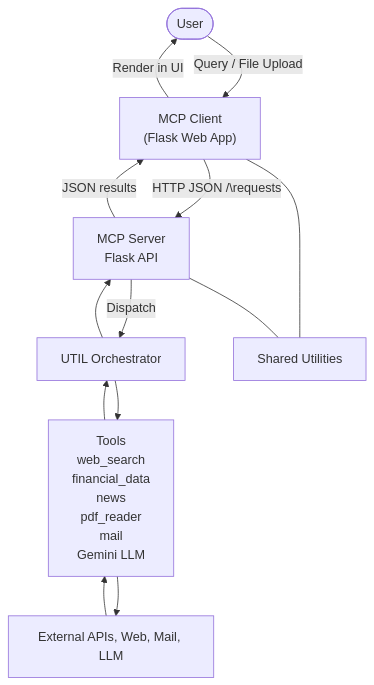
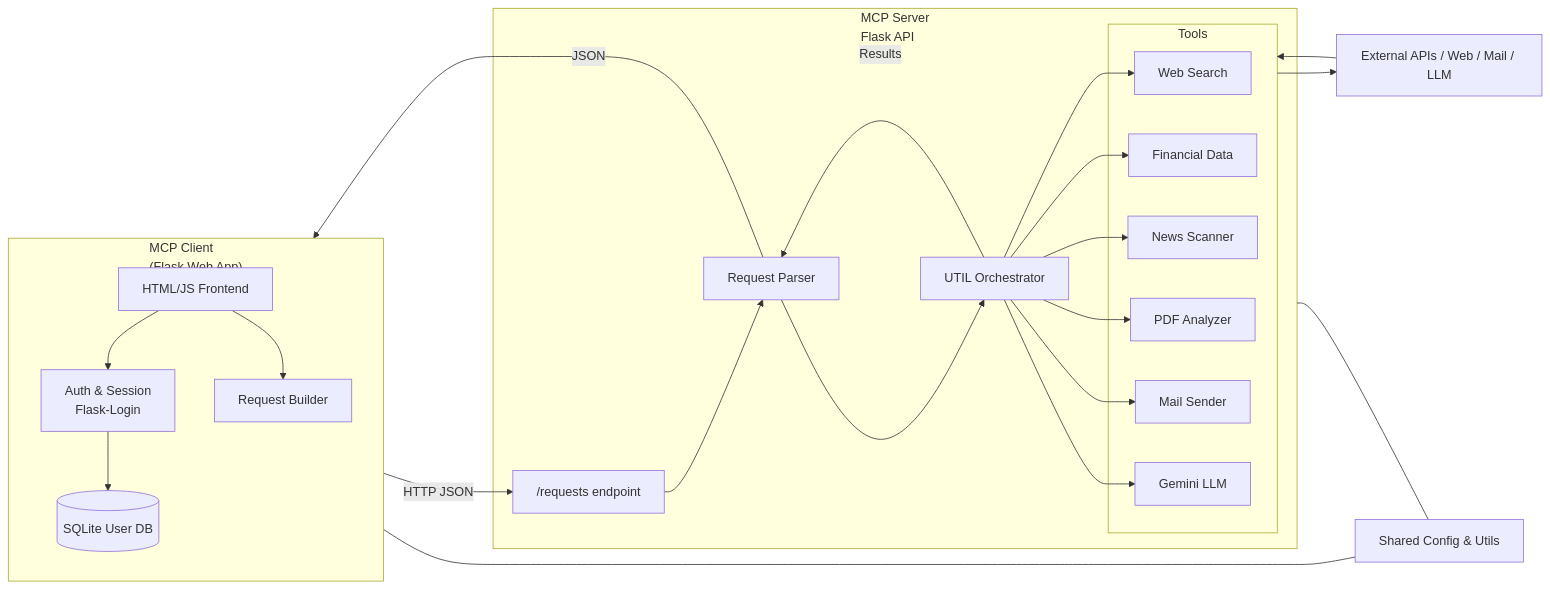
The diagram in README.md (Sabarna07-tech/autoinvestigator), drawn with Mermaid before and after one commit. The commit also changed other lines of this file, not shown here.

Commit message:
docs: expand architecture details

````diff
--- a/README.md
+++ b/README.md
@@ -13,16 +13,40 @@
 ```mermaid
-graph TD
-    User(["User"]) -->|"Query / File Upload"| Client["MCP Client\n(Flask Web App)"]
-    Client -->|"HTTP JSON /\requests"| Server["MCP Server\nFlask API"]
-    Server -->|"Dispatch"| Util["UTIL Orchestrator"]
-    Util --> Tools["Tools\nweb_search\nfinancial_data\nnews\npdf_reader\nmail\nGemini LLM"]
-    Tools --> External["External APIs, Web, Mail, LLM"]
-    External --> Tools
-    Tools --> Util
-    Util --> Server
-    Server -->|"JSON results"| Client
-    Client -->|"Render in UI"| User
+flowchart LR
+    %% Client Side
+    subgraph C["MCP Client\n(Flask Web App)"]
+        UI["HTML/JS Frontend"]
+        Auth["Auth & Session\nFlask-Login"]
+        Req["Request Builder"]
+        DB[("SQLite User DB")]
+        UI --> Auth
+        UI --> Req
+        Auth --> DB
+    end
 
-    Client --- Shared["Shared Utilities"]
-    Server --- Shared
+    %% Server Side
+    subgraph S["MCP Server\nFlask API"]
+        API["/requests endpoint"]
+        Handler["Request Parser"]
+        Orchestrator["UTIL Orchestrator"]
+        subgraph T["Tools"]
+            Web["Web Search"]
+            Fin["Financial Data"]
+            News["News Scanner"]
+            PDF["PDF Analyzer"]
+            Mail["Mail Sender"]
+            LLM["Gemini LLM"]
+        end
+        API --> Handler --> Orchestrator
+        Orchestrator --> Web & Fin & News & PDF & Mail & LLM
+    end
+
+    %% External and Shared
+    Ext["External APIs / Web / Mail / LLM"]
+    T --> Ext
+    Ext --> T
+    C -->|"HTTP JSON"| API
+    Orchestrator -->|"Results"| Handler
+    Handler -->|"JSON"| C
+    C --- Shared["Shared Config & Utils"]
+    S --- Shared
 ```
````
